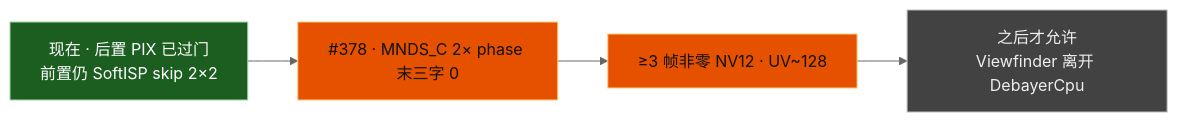
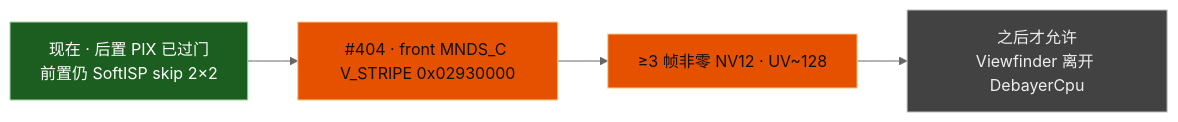
Before and after one commit to Huabin1010/dagu-mainline-linux: the first of 5 diagrams in linux-mainline/docs/dagu-ife-pipeline-status.md, drawn with Mermaid (neutral theme). The commit also changed other lines of this file and 11 other files, not shown here.

````diff
--- a/linux-mainline/docs/dagu-ife-pipeline-status.md
+++ b/linux-mainline/docs/dagu-ife-pipeline-status.md
@@ -31,17 +31,17 @@
 ```mermaid
 flowchart LR
   NOW["现在 · 后置 PIX 已过门<br/>前置仍 SoftISP skip 2×2"]
-  CUT["#378 · MNDS_C 2× phase 末三字 0"]
+  CUT["#404 · front MNDS_C V_STRIPE 0x02930000"]
   GOAL["≥3 帧非零 NV12 · UV~128"]
   LATER["之后才允许<br/>Viewfinder 离开 DebayerCpu"]
   NOW --> CUT --> GOAL --> LATER
 
   class NOW ok
   class CUT gap
   class GOAL gap
   class LATER later
 
   classDef ok fill:#1b5e20,stroke:#a5d6a7,color:#fff
   classDef gap fill:#e65100,stroke:#ffcc80,color:#111
   classDef later fill:#424242,stroke:#bdbdbd,color:#eee
 ```
````
